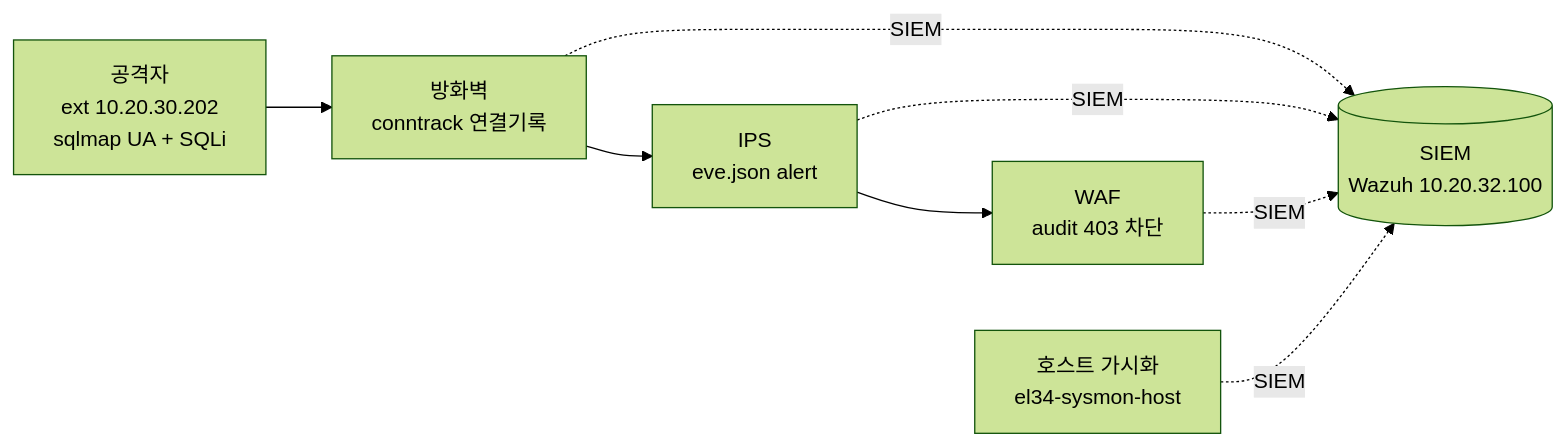
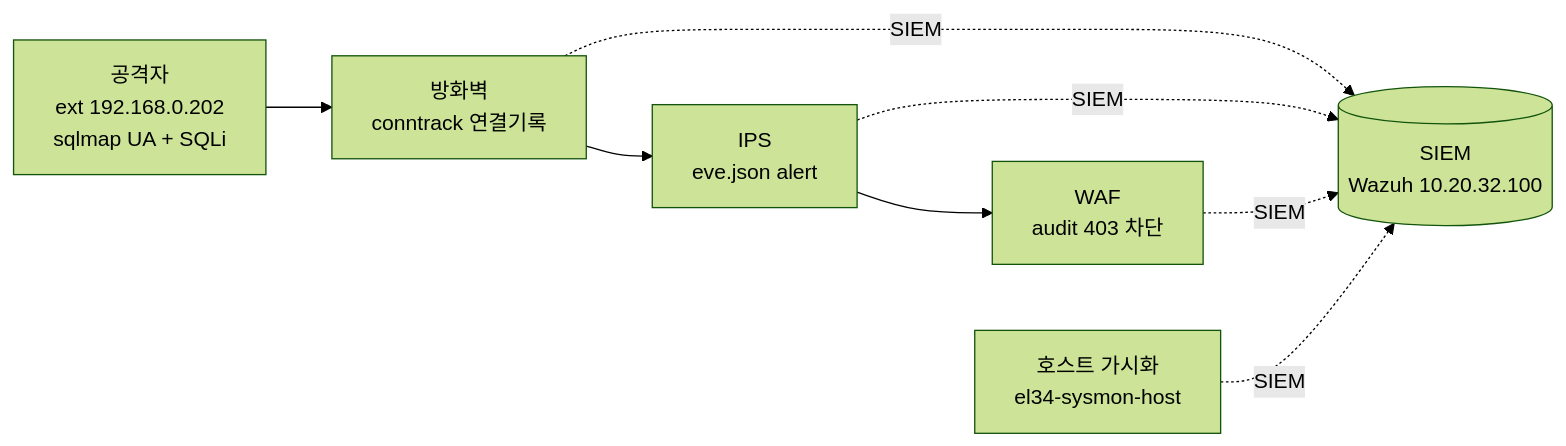
Before and after one commit to mrgrit/tw2: the diagram in contents/training/secuops-easy/lecture_week06.md, drawn with Mermaid (forest theme). The commit also changed other lines of this file and 1 other file, not shown here.

````diff
--- a/contents/training/secuops-easy/lecture_week06.md
+++ b/contents/training/secuops-easy/lecture_week06.md
@@ -96,10 +96,10 @@
 ```mermaid
 graph LR
-    A[공격자<br/>ext 10.20.30.202<br/>sqlmap UA + SQLi] --> FW[방화벽<br/>conntrack 연결기록]
+    A[공격자<br/>ext 192.168.0.202<br/>sqlmap UA + SQLi] --> FW[방화벽<br/>conntrack 연결기록]
     FW --> IPS[IPS<br/>eve.json alert]
     IPS --> WAF[WAF<br/>audit 403 차단]
     FW -.SIEM.-> S[(SIEM<br/>Wazuh 10.20.32.100)]
     IPS -.SIEM.-> S
     WAF -.SIEM.-> S
     HOST[호스트 가시화<br/>el34-sysmon-host] -.SIEM.-> S
 ```
````
